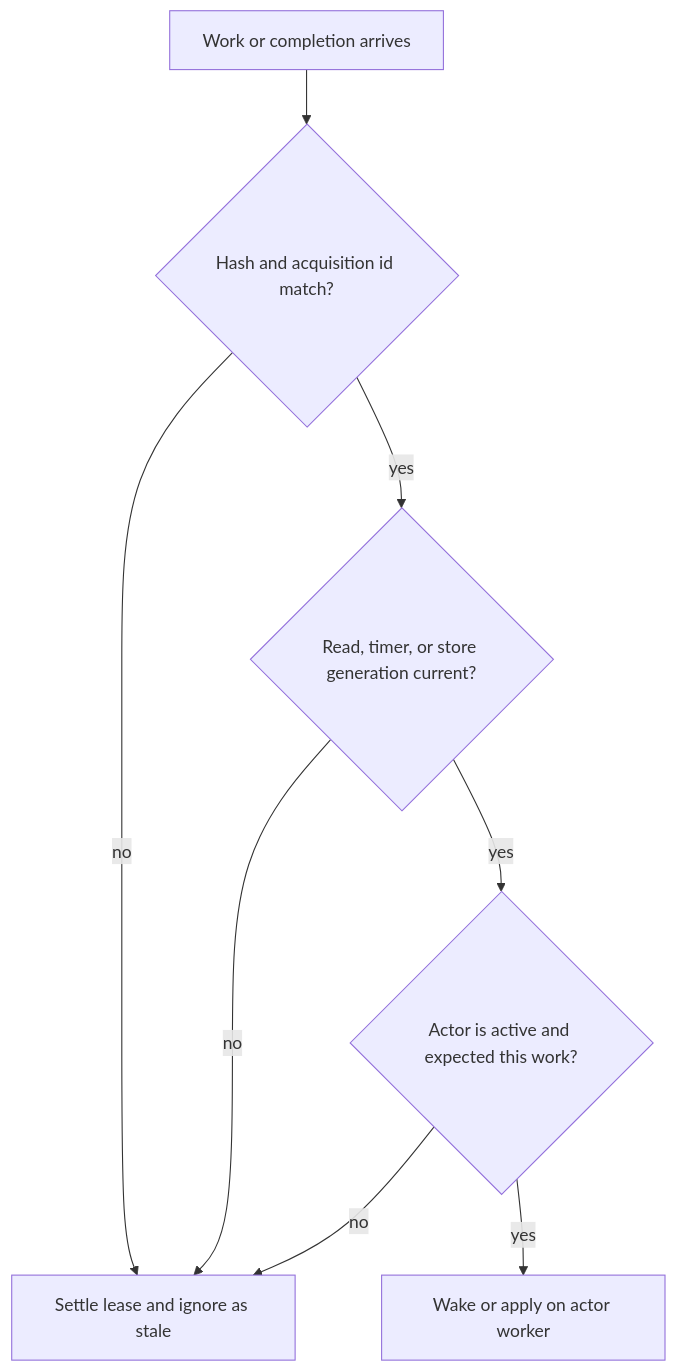
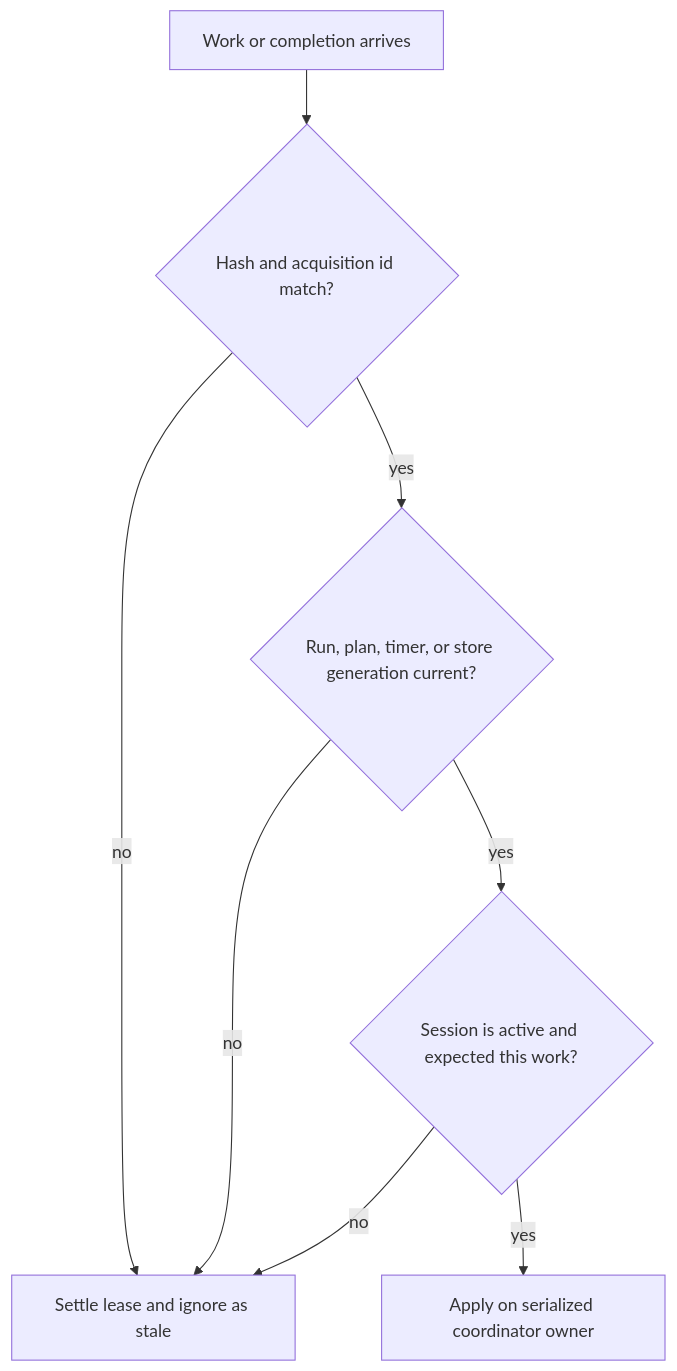
Before and after one commit to TusharPardhe/quaxar: the fifth of 10 diagrams in docs/ACQUISITION.md, drawn with Mermaid. The commit also changed other lines of this file and 13 other files, not shown here.

````diff
--- a/docs/ACQUISITION.md
+++ b/docs/ACQUISITION.md
@@ -234,10 +235,10 @@
 ```mermaid
 flowchart TD
     C[Work or completion arrives] --> S{Hash and acquisition id match?}
     S -- no --> STALE[Settle lease and ignore as stale]
-    S -- yes --> G{Read, timer, or store generation current?}
+    S -- yes --> G{Run, plan, timer, or store generation current?}
     G -- no --> STALE
-    G -- yes --> O{Actor is active and expected this work?}
+    G -- yes --> O{Session is active and expected this work?}
     O -- no --> STALE
-    O -- yes --> APPLY[Wake or apply on actor worker]
+    O -- yes --> APPLY[Apply on serialized coordinator owner]
 ```
````
